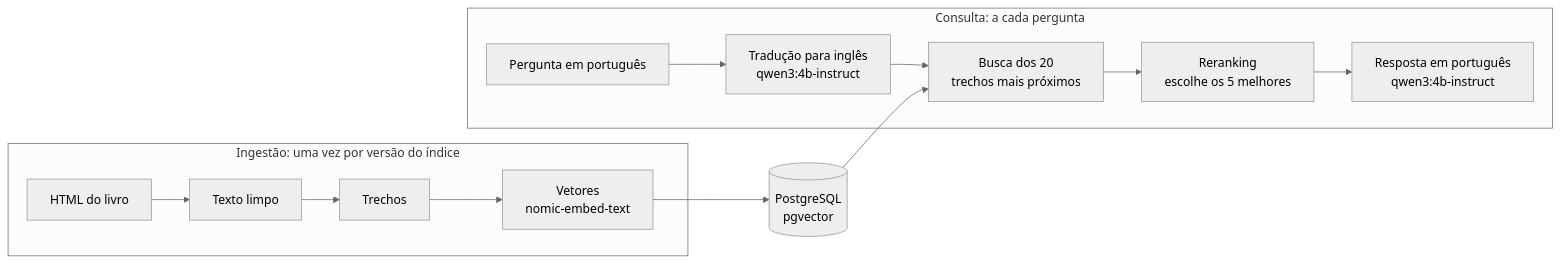
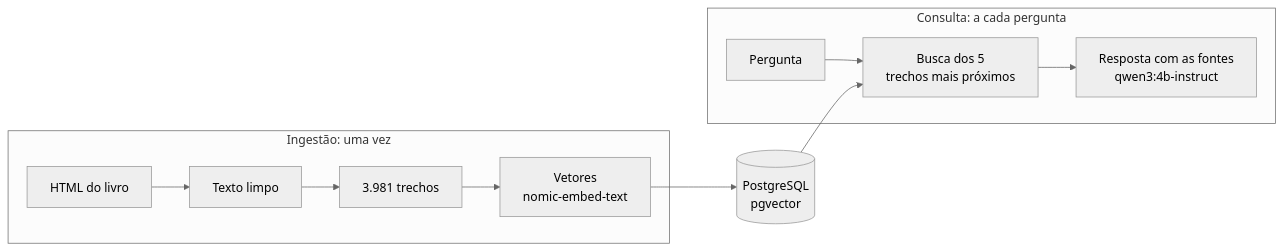
The diagram in README.md (luiz-matos/RAG-Arquitetura), drawn with Mermaid (neutral theme) before and after one commit. The commit also changed other lines of this file, not shown here.

Commit message:
Enxuga o README e foca no que aprendi com o projeto

````diff
--- a/README.md
+++ b/README.md
@@ -19,14 +19,11 @@
 ```mermaid
 flowchart LR
-    subgraph Ingestão["Ingestão: uma vez por versão do índice"]
-        A[HTML do livro] --> B[Texto limpo] --> C[Trechos] --> D[Vetores<br>nomic-embed-text]
+    subgraph Ingestão["Ingestão: uma vez"]
+        A[HTML do livro] --> B[Texto limpo] --> C[3.981 trechos] --> D[Vetores<br>nomic-embed-text]
     end
     D --> E[(PostgreSQL<br>pgvector)]
     subgraph Consulta["Consulta: a cada pergunta"]
-        F[Pergunta em português] --> G[Tradução para inglês<br>qwen3:4b-instruct]
-        G --> H[Busca dos 20<br>trechos mais próximos]
-        H --> I[Reranking<br>escolhe os 5 melhores]
-        I --> J[Resposta em português<br>qwen3:4b-instruct]
+        F[Pergunta] --> G[Busca dos 5<br>trechos mais próximos] --> H[Resposta com as fontes<br>qwen3:4b-instruct]
     end
-    E --> H
+    E --> G
 ```
````
